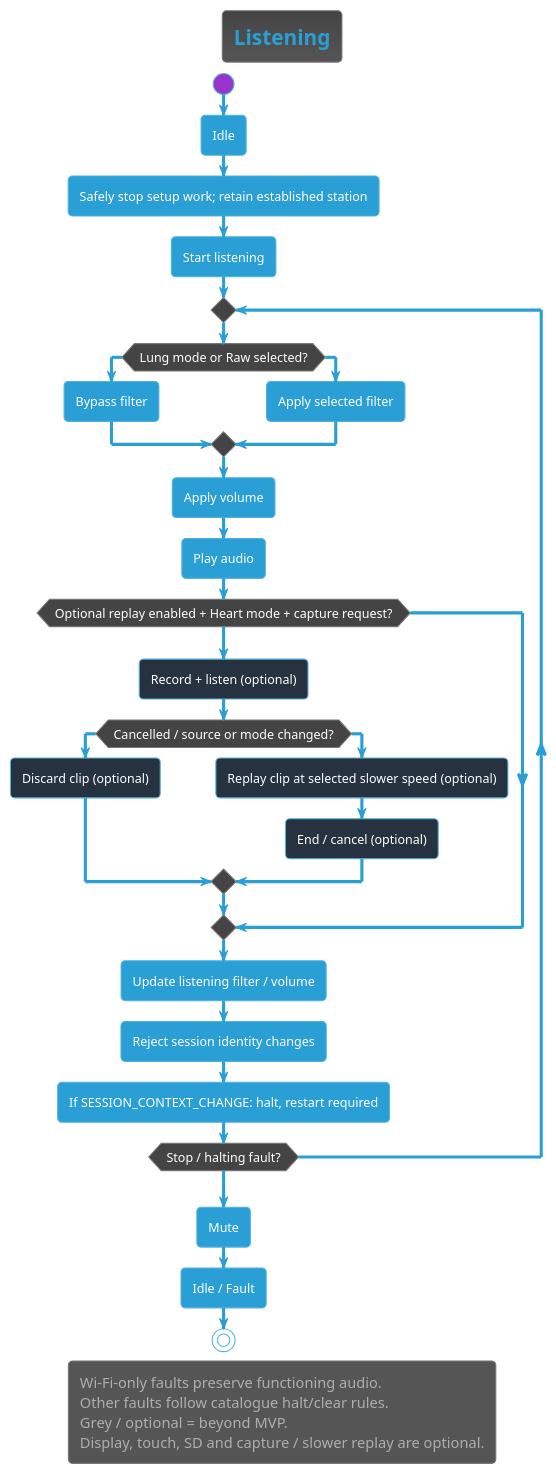
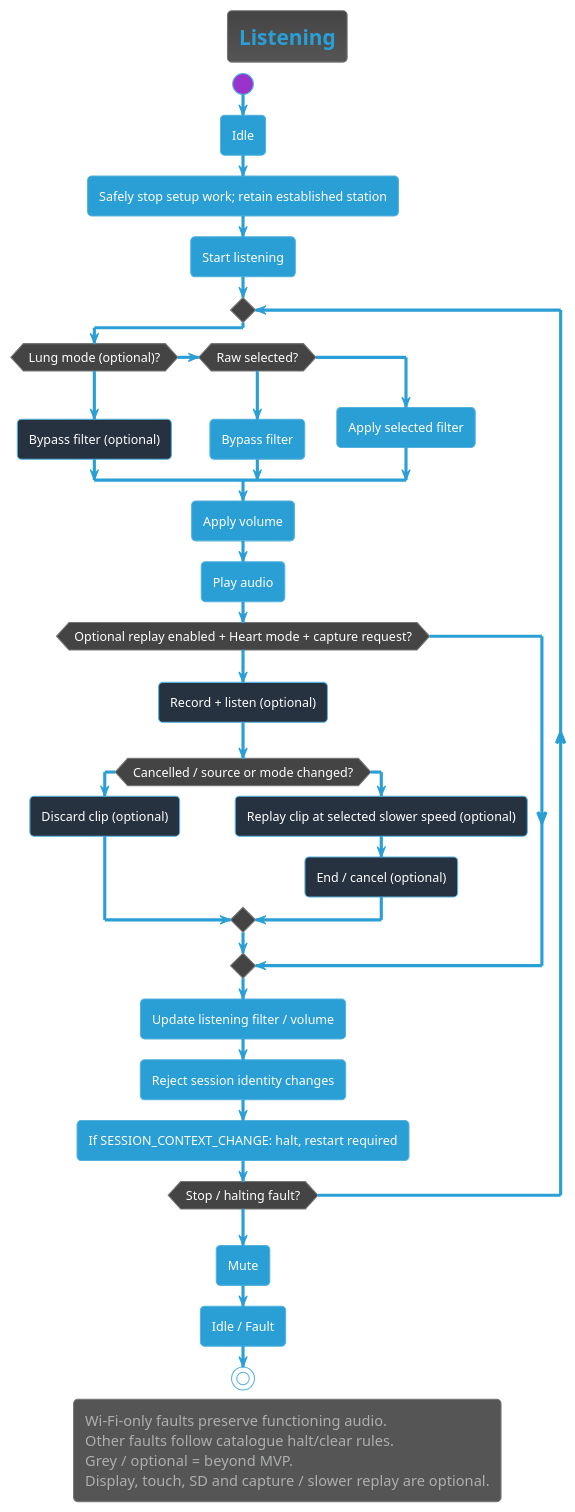
One commit to DemonicPsychoII/DigitalStethoscope changed the diagram in Development/system/architecture/system/listening-workflow.puml. Above: the diagram before and after it, drawn with PlantUML. The commit also changed 7 other files, not shown here.

First line of the commit message:
docs(architecture): mark Lung as optional and fix review findings

```diff
--- a/Development/system/architecture/system/listening-workflow.puml
+++ b/Development/system/architecture/system/listening-workflow.puml
@@ -1,40 +1,42 @@
 @startuml listening_workflow
 !theme cyborg
 skinparam shadowing false
 skinparam defaultFontName SansSerif
 title Listening
 start
 :Idle;
 :Safely stop setup work; retain established station;
 :Start listening;
 repeat
- if (Lung mode or Raw selected?) then (yes)
+ if (Lung mode (optional)?) then (yes)
+  #273241:Bypass filter (optional);
+ elseif (Raw selected?) then (yes)
   :Bypass filter;
  else (no)
   :Apply selected filter;
  endif
  :Apply volume;
  :Play audio;
  if (Optional replay enabled + Heart mode + capture request?) then (yes)
   #273241:Record + listen (optional);
   if (Cancelled / source or mode changed?) then (yes)
    #273241:Discard clip (optional);
   else (clip full)
    #273241:Replay clip at selected slower speed (optional);
    #273241:End / cancel (optional);
   endif
  endif
  :Update listening filter / volume;
  :Reject session identity changes;
  :If SESSION_CONTEXT_CHANGE: halt, restart required;
 repeat while (Stop / halting fault?) is (no) not (yes)
 :Mute;
 :Idle / Fault;
 stop
 legend bottom
   Wi-Fi-only faults preserve functioning audio.
   Other faults follow catalogue halt/clear rules.
   Grey / optional = beyond MVP.
   Display, touch, SD and capture / slower replay are optional.
 endlegend
 @enduml
```
